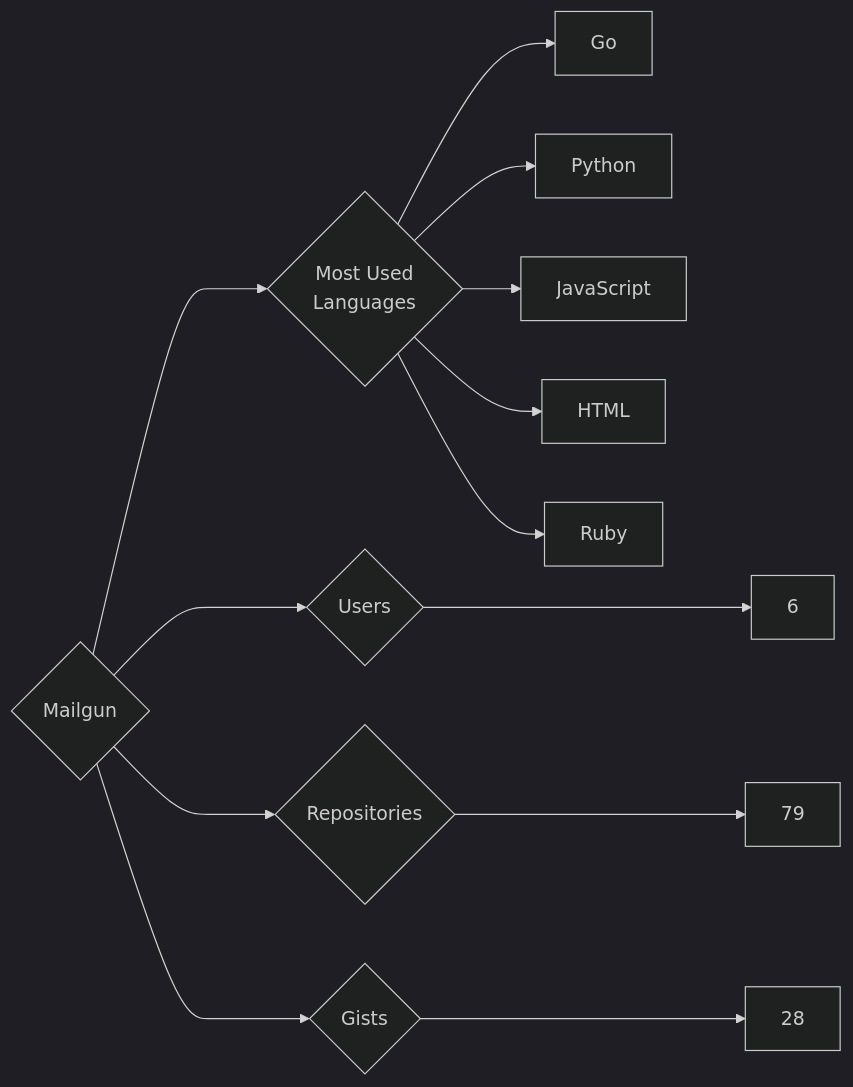
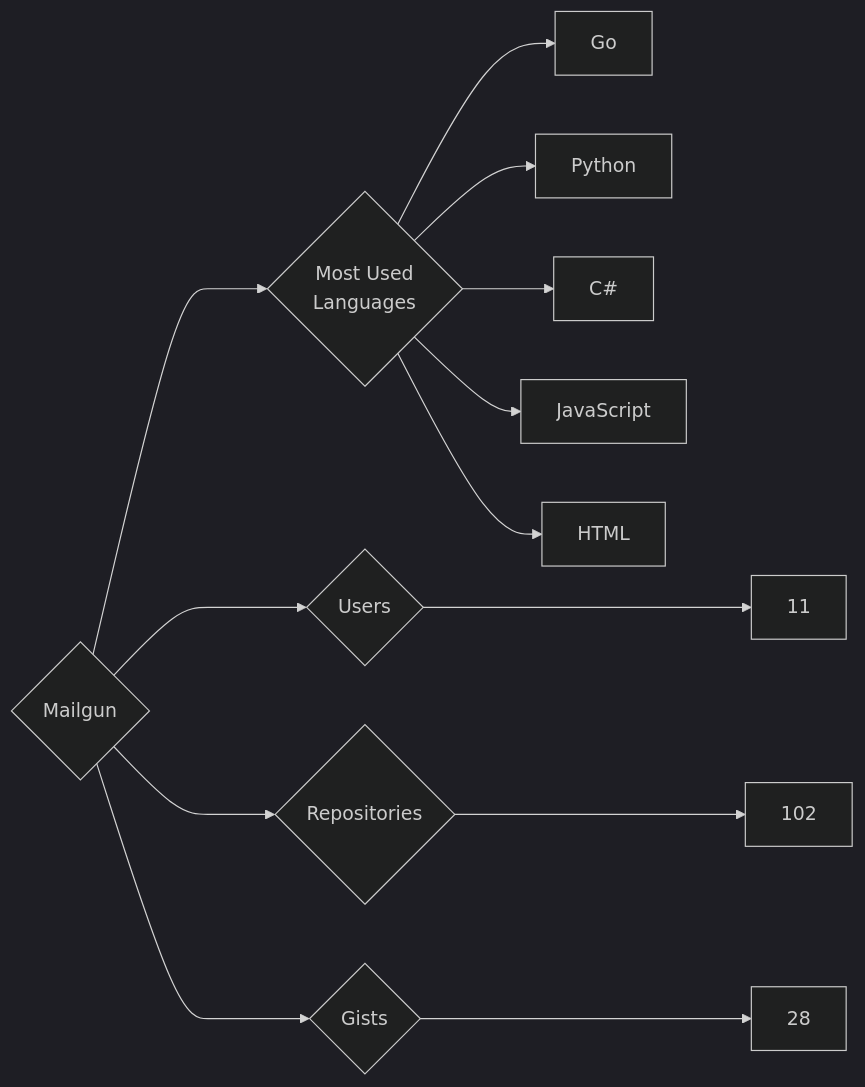
The diagram in targets/Mailgun/README.md (trickest/insiders), drawn with Mermaid (dark theme) before and after one commit. The commit also changed 757 other files, not shown here.

````diff
--- a/targets/Mailgun/README.md
+++ b/targets/Mailgun/README.md
@@ -3,13 +3,13 @@
 ```mermaid
 graph LR
 COMPANY_NAME{Mailgun}
-COMPANY_NAME ---> U{Users} ---> UN[6]
-COMPANY_NAME ---> R{Repositories} ---> RN[79]
+COMPANY_NAME ---> U{Users} ---> UN[11]
+COMPANY_NAME ---> R{Repositories} ---> RN[102]
 COMPANY_NAME ---> G{Gists} ---> GN[28]
 COMPANY_NAME ---> ML{Most Used<br>Languages}
 ML --> Go[Go]
 ML --> Python[Python]
+ML --> C#[C#]
 ML --> JavaScript[JavaScript]
 ML --> HTML[HTML]
-ML --> Ruby[Ruby]
 ```
````
